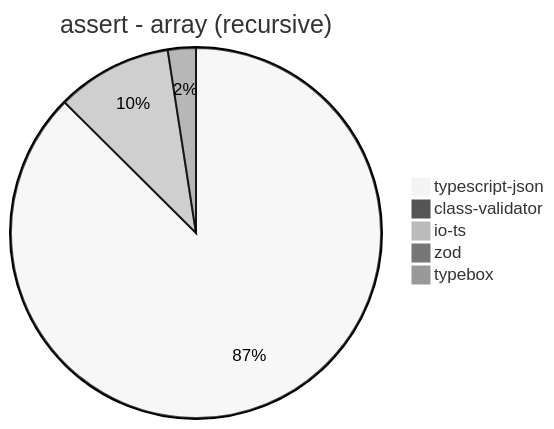
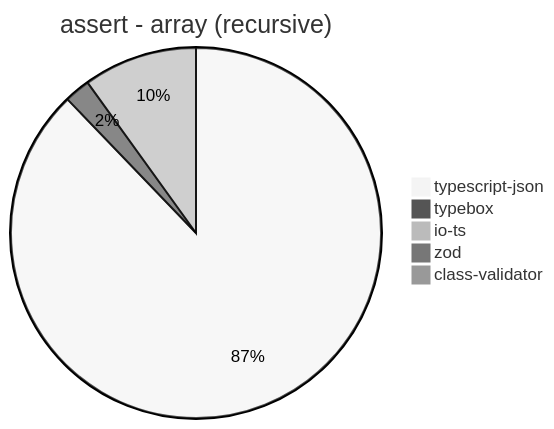
Diagram 13 of 39 in benchmark/results/AMD Ryzen 7 5800H with Radeon Graphics.md (samchon/typia), drawn with Mermaid (neutral theme) before and after one commit. The commit also changed other lines of this file and 7 other files, not shown here.

````diff
--- a/benchmark/results/AMD Ryzen 7 5800H with Radeon Graphics.md
+++ b/benchmark/results/AMD Ryzen 7 5800H with Radeon Graphics.md
@@ -166,8 +166,8 @@
 ```mermaid
 pie title assert - array (recursive)
-  "typescript-json": 1502.034776174621
-  "class-validator": 3.387278885961611
-  "io-ts": 173.47509792949077
-  "zod": 9.125475285171103
-  "typebox": 42.00112002986746
+  "typescript-json": 1515.6480117820322
+  "typebox": 38.74675565443085
+  "io-ts": 171.59441320515145
+  "zod": 8.911642017444064
+  "class-validator": 3.3796470146451374
 ```
````
